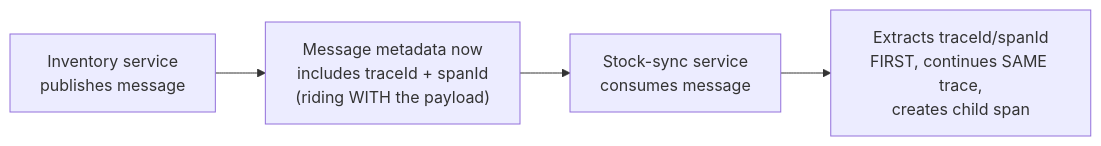
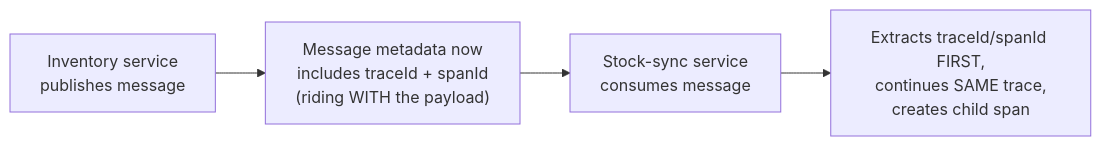
Before and after one commit to riyaz-pasha/Learnings: the fifth of 15 diagrams in system-design/HLD/0-course/57-Design-a-Distributed-Tracing-System-FAANG-Guide-story.md, drawn with Mermaid. The commit also changed other lines of this file and 1 other file, not shown here.

Commit message:
[REWRITE] Distributed Tracing System story guide: simplify prose, add structure, fix diagrams

````diff
--- a/system-design/HLD/0-course/57-Design-a-Distributed-Tracing-System-FAANG-Guide-story.md
+++ b/system-design/HLD/0-course/57-Design-a-Distributed-Tracing-System-FAANG-Guide-story.md
@@ -101,6 +232,6 @@
 ```mermaid
 flowchart LR
-    A["Inventory service\npublishes message"] --> B["Message metadata now\nincludes traceId + spanId\n(riding WITH the payload)"]
-    B --> C["Stock-sync service\nconsumes message"]
-    C --> D["Extracts traceId/spanId\nFIRST, continues SAME trace,\ncreates child span"]
+    A["Inventory service<br/>publishes message"] --> B["Message metadata now<br/>includes traceId + spanId<br/>(riding WITH the payload)"]
+    B --> C["Stock-sync service<br/>consumes message"]
+    C --> D["Extracts traceId/spanId FIRST,<br/>continues SAME trace,<br/>creates child span"]
 ```
````
